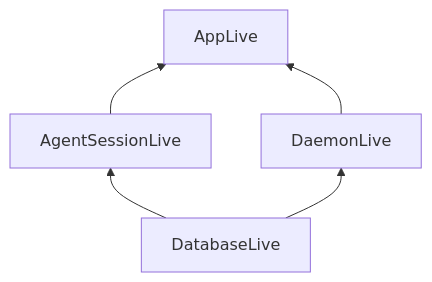
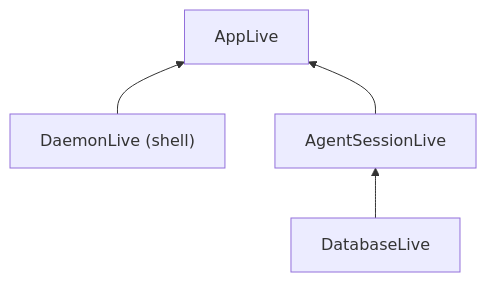
The third of 3 diagrams in docs/architecture/modules.md (get-tmonier/vigie), drawn with Mermaid before and after one commit. The commit also changed other lines of this file and 1 other file, not shown here.

Commit message:
docs(architecture): update module map and overview for daemon → shell demotion

````diff
--- a/docs/architecture/modules.md
+++ b/docs/architecture/modules.md
@@ -146,12 +138,11 @@
 ```mermaid
 graph BT
     DB["DatabaseLive"]
     AS["AgentSessionLive"]
-    D["DaemonLive"]
+    SH["DaemonLive (shell)"]
     APP["AppLive"]
 
     DB --> AS
-    DB --> D
+    SH --> APP
     AS --> APP
-    D --> APP
 ```
````
